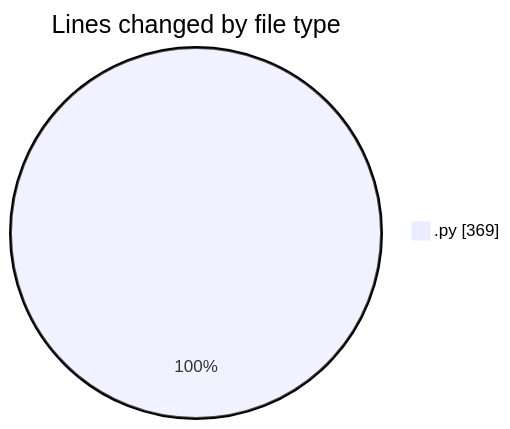
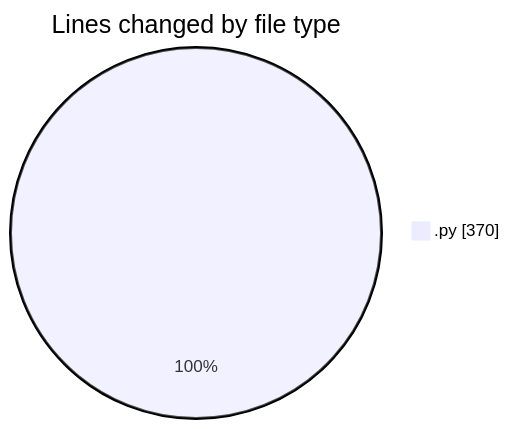
One commit to MatusMokan/code-tracking changed the first of 2 diagrams in 2025-02-26/myws__workspace_/README.md. Above: the diagram before and after it, drawn with Mermaid. The commit also changed other lines of this file and 1 other file, not shown here.

````diff
--- a/2025-02-26/myws__workspace_/README.md
+++ b/2025-02-26/myws__workspace_/README.md
@@ -21,5 +21,5 @@
 ```mermaid
 pie showData
 title Lines changed by file type
-".py" : 369
+".py" : 370
 ```
````
